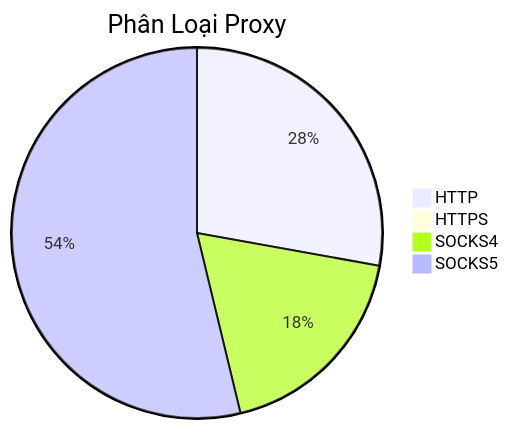
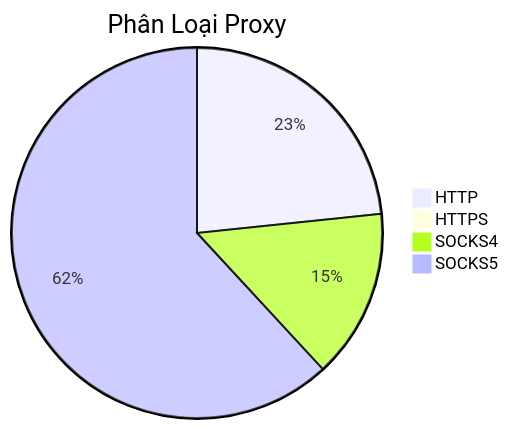
The diagram in README.md (Ciara-Aa/PROXY-free), drawn with Mermaid before and after one commit. The commit also changed other lines of this file and 4 other files, not shown here.

````diff
--- a/README.md
+++ b/README.md
@@ -26,7 +26,7 @@
 ```mermaid
 pie title Phân Loại Proxy
-    "HTTP" : 413
-    "HTTPS" : 3
-    "SOCKS4" : 273
-    "SOCKS5" : 798
+    "HTTP" : 469
+    "HTTPS" : 5
+    "SOCKS4" : 297
+    "SOCKS5" : 1243
 ```
````
